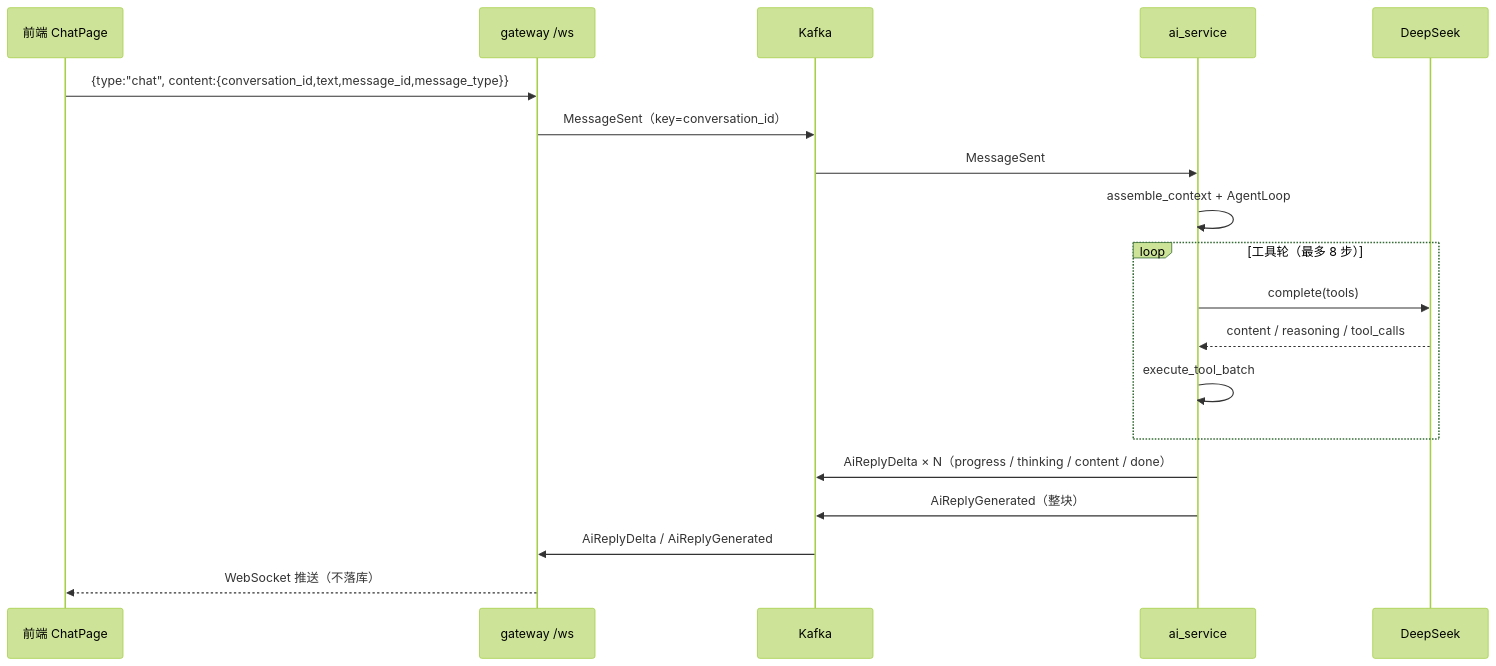
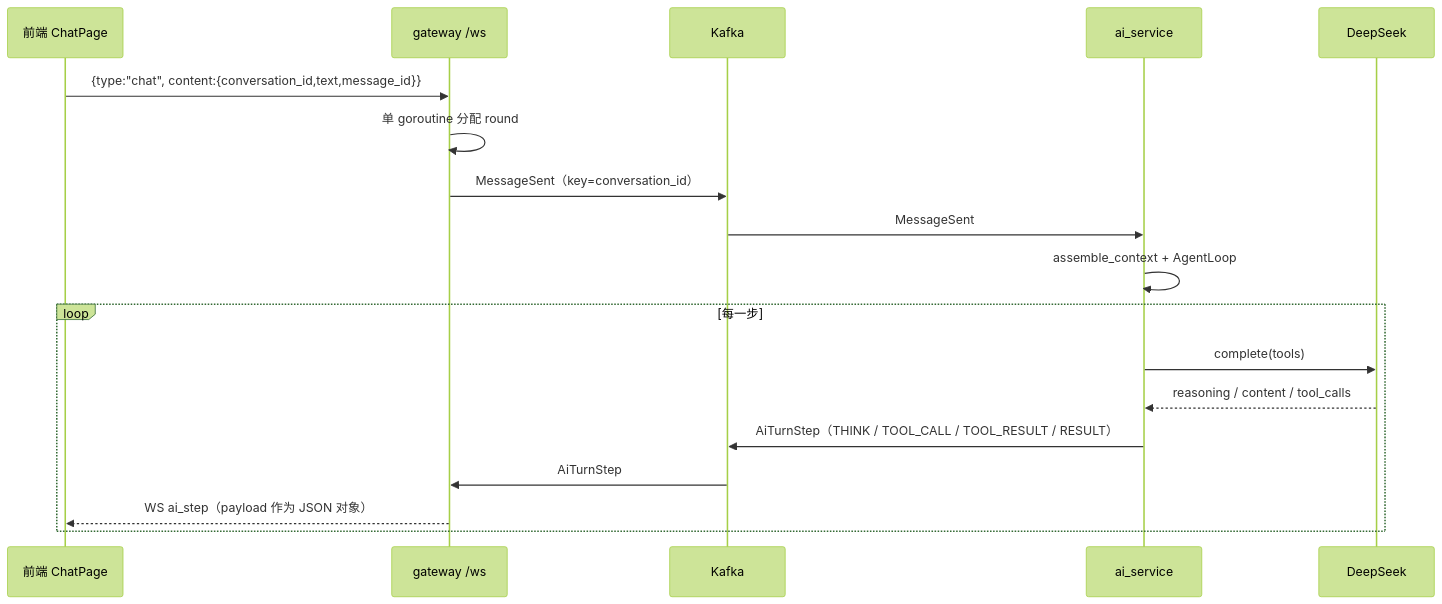
Before and after one commit to ChantLingWang/TDL: the diagram in docs/message-chain.md, drawn with Mermaid (forest theme). The commit also changed other lines of this file and 25 other files, not shown here.

First line of the commit message:
feat: ai_service 只发 AiTurnStep，前端改为 step 渲染

````diff
--- a/docs/message-chain.md
+++ b/docs/message-chain.md
@@ -13,22 +11,21 @@
 ```mermaid
 sequenceDiagram
     participant FE as 前端 ChatPage
     participant GW as gateway /ws
     participant K as Kafka
     participant AI as ai_service
     participant LLM as DeepSeek
 
-    FE->>GW: {type:"chat", content:{conversation_id,text,message_id,message_type}}
+    FE->>GW: {type:"chat", content:{conversation_id,text,message_id}}
+    GW->>GW: 单 goroutine 分配 round
     GW->>K: MessageSent（key=conversation_id）
     K->>AI: MessageSent
     AI->>AI: assemble_context + AgentLoop
-    loop 工具轮（最多 8 步）
+    loop 每一步
         AI->>LLM: complete(tools)
-        LLM-->>AI: content / reasoning / tool_calls
-        AI->>AI: execute_tool_batch
+        LLM-->>AI: reasoning / content / tool_calls
+        AI->>K: AiTurnStep（THINK / TOOL_CALL / TOOL_RESULT / RESULT）
+        K->>GW: AiTurnStep
+        GW-->>FE: WS ai_step（payload 作为 JSON 对象）
     end
-    AI->>K: AiReplyDelta × N（progress / thinking / content / done）
-    AI->>K: AiReplyGenerated（整块）
-    K->>GW: AiReplyDelta / AiReplyGenerated
-    GW-->>FE: WebSocket 推送（不落库）
 ```
````
